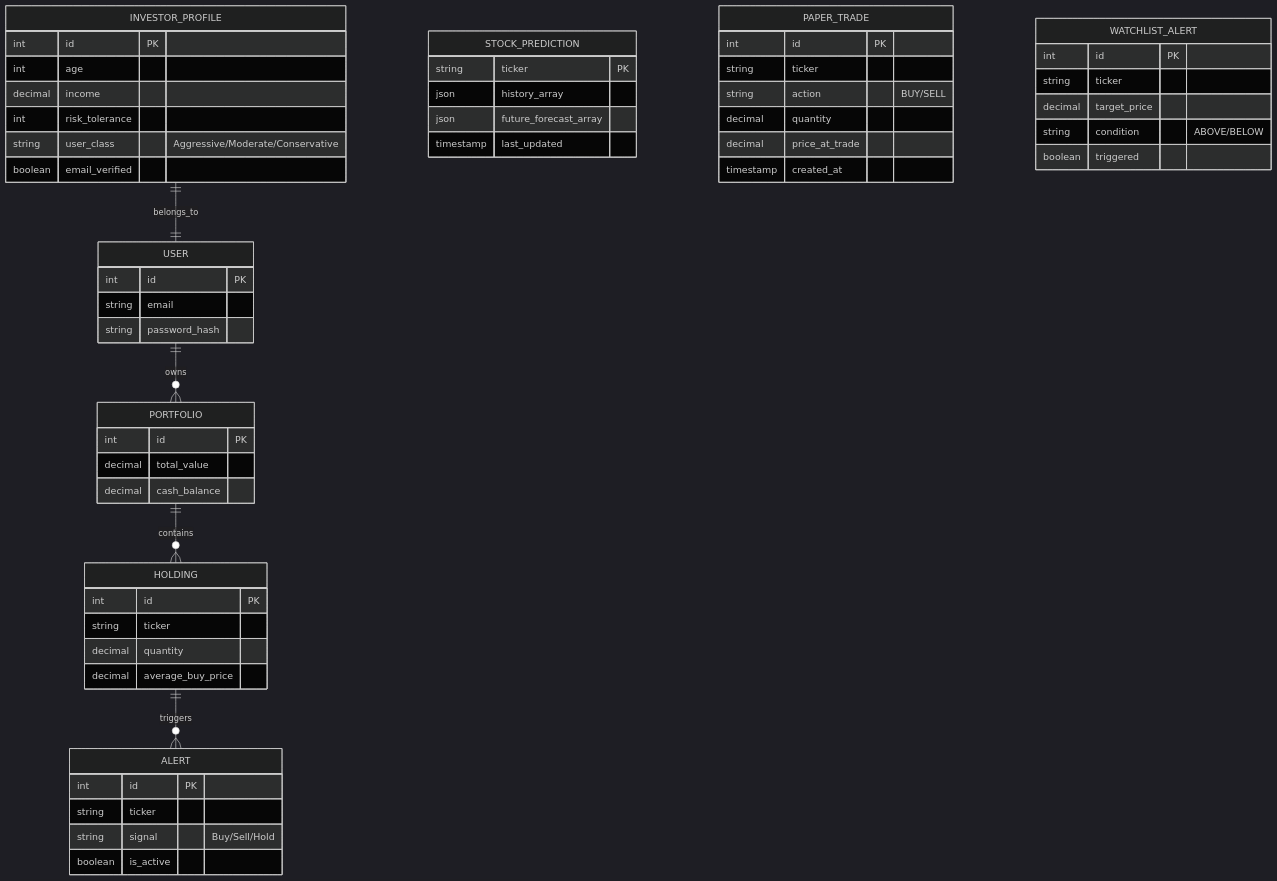
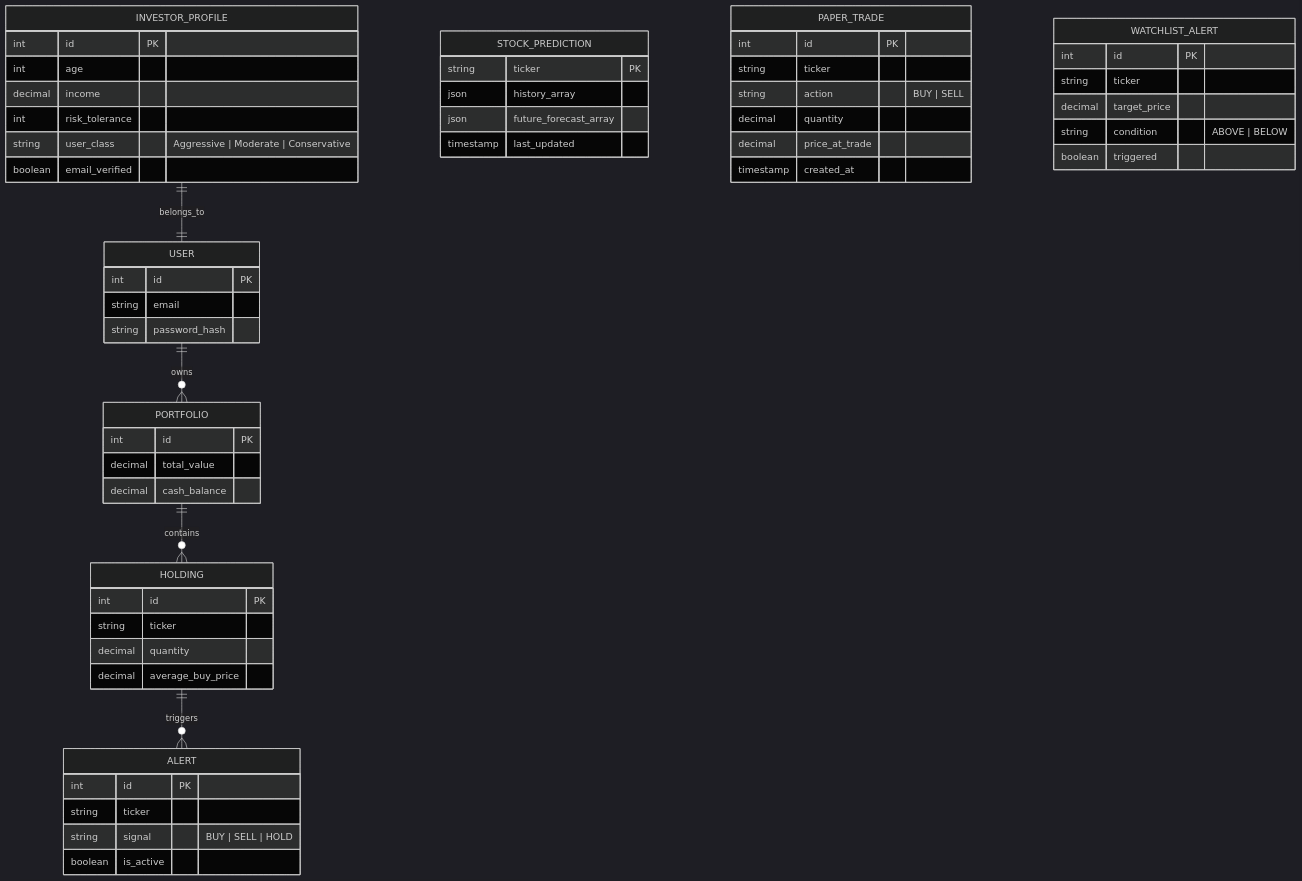
Before and after one commit to ankitrmishra01/Cresta1: the third of 3 diagrams in README.md, drawn with Mermaid (dark theme). The commit also changed other lines of this file, not shown here.

Commit message:
docs: elevate README with premium formatting, architecture diagrams, and ML specs

````diff
--- a/README.md
+++ b/README.md
@@ -212,58 +209,58 @@
 ```mermaid
 erDiagram
-    USER ||--o{ PORTFOLIO : owns
+    USER ||--o{ PORTFOLIO : "owns"
     USER {
         int id PK
         string email
         string password_hash
     }
-    INVESTOR_PROFILE ||--|| USER : belongs_to
+    INVESTOR_PROFILE ||--|| USER : "belongs_to"
     INVESTOR_PROFILE {
         int id PK
         int age
         decimal income
         int risk_tolerance
-        string user_class "Aggressive/Moderate/Conservative"
+        string user_class "Aggressive | Moderate | Conservative"
         boolean email_verified
     }
-    PORTFOLIO ||--o{ HOLDING : contains
+    PORTFOLIO ||--o{ HOLDING : "contains"
     PORTFOLIO {
         int id PK
         decimal total_value
         decimal cash_balance
     }
-    HOLDING ||--o{ ALERT : triggers
+    HOLDING ||--o{ ALERT : "triggers"
     HOLDING {
         int id PK
         string ticker
         decimal quantity
         decimal average_buy_price
     }
     STOCK_PREDICTION {
         string ticker PK
         json history_array
         json future_forecast_array
         timestamp last_updated
     }
     ALERT {
         int id PK
         string ticker
-        string signal "Buy/Sell/Hold"
+        string signal "BUY | SELL | HOLD"
         boolean is_active
     }
     PAPER_TRADE {
         int id PK
         string ticker
-        string action "BUY/SELL"
+        string action "BUY | SELL"
         decimal quantity
         decimal price_at_trade
         timestamp created_at
     }
     WATCHLIST_ALERT {
         int id PK
         string ticker
         decimal target_price
-        string condition "ABOVE/BELOW"
+        string condition "ABOVE | BELOW"
         boolean triggered
     }
 ```
````
